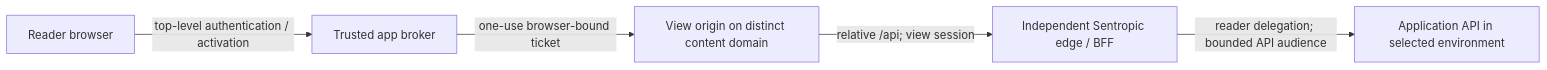
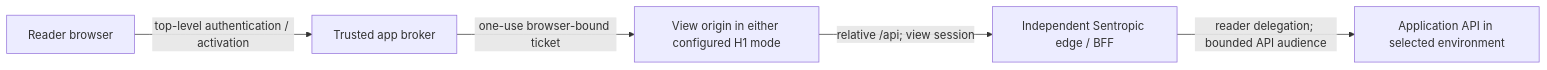
The diagram in spec/SPEC_PROPOSAL_ARTIFACT_VIEW_HOSTING.md (rhanka/sentropic), drawn with Mermaid before and after one commit. The commit also changed other lines of this file and 1 other file, not shown here.

````diff
--- a/spec/SPEC_PROPOSAL_ARTIFACT_VIEW_HOSTING.md
+++ b/spec/SPEC_PROPOSAL_ARTIFACT_VIEW_HOSTING.md
@@ -78,7 +87,7 @@
 ```mermaid
 flowchart LR
   R[Reader browser] -->|top-level authentication / activation| C[Trusted app broker]
-  C -->|one-use browser-bound ticket| V[View origin on distinct content domain]
+  C -->|one-use browser-bound ticket| V[View origin in either configured H1 mode]
   V -->|relative /api; view session| E[Independent Sentropic edge / BFF]
   E -->|reader delegation; bounded API audience| A[Application API in selected environment]
 ```
````
